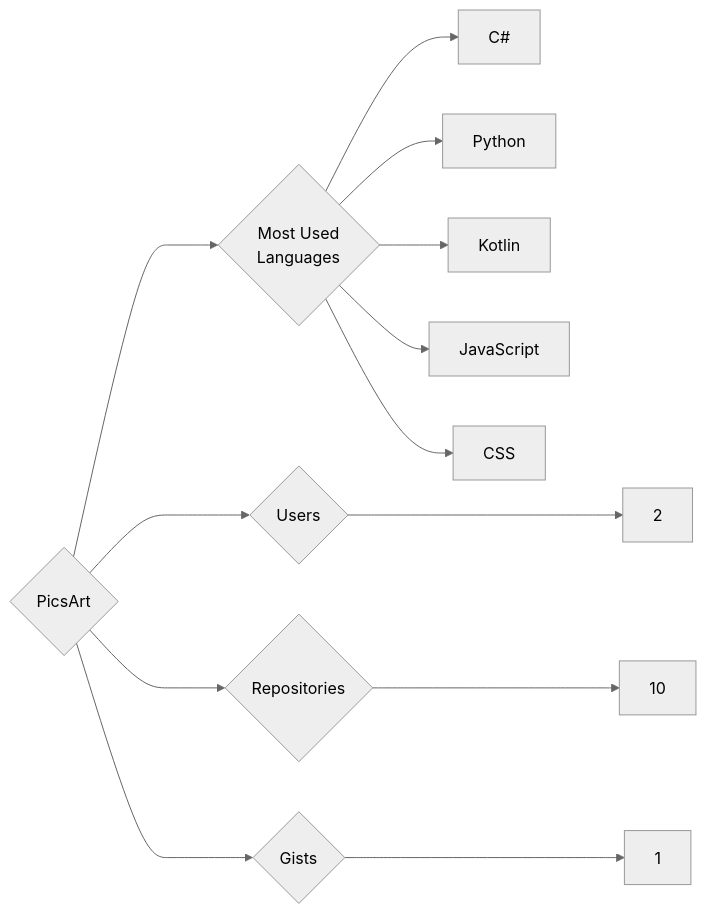
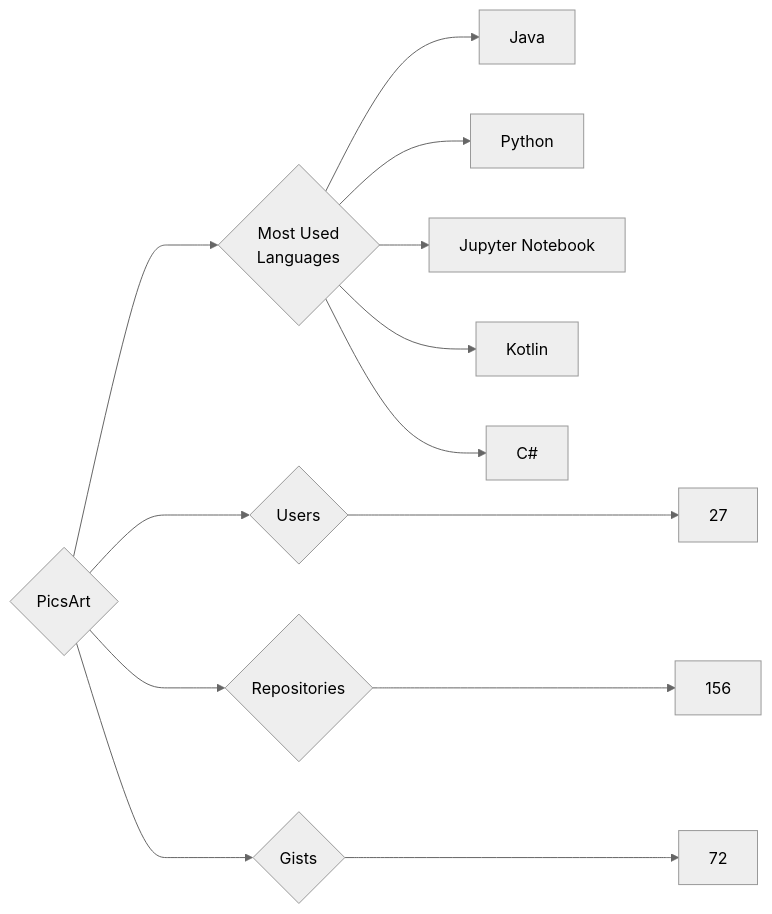
One commit to trickest/insiders changed the diagram in targets/PicsArt/README.md. Above: the diagram before and after it, drawn with Mermaid (neutral theme). The commit also changed 972 other files, not shown here.

````diff
--- a/targets/PicsArt/README.md
+++ b/targets/PicsArt/README.md
@@ -3,13 +3,13 @@
 ```mermaid
 graph LR
 COMPANY_NAME{PicsArt}
-COMPANY_NAME ---> U{Users} ---> UN[2]
-COMPANY_NAME ---> R{Repositories} ---> RN[10]
-COMPANY_NAME ---> G{Gists} ---> GN[1]
+COMPANY_NAME ---> U{Users} ---> UN[27]
+COMPANY_NAME ---> R{Repositories} ---> RN[156]
+COMPANY_NAME ---> G{Gists} ---> GN[72]
 COMPANY_NAME ---> ML{Most Used<br>Languages}
+ML --> Java[Java]
+ML --> Python[Python]
+ML --> Jupyter_Notebook[Jupyter Notebook]
+ML --> Kotlin[Kotlin]
 ML --> C#[C#]
-ML --> Python[Python]
-ML --> Kotlin[Kotlin]
-ML --> JavaScript[JavaScript]
-ML --> CSS[CSS]
 ```
````
